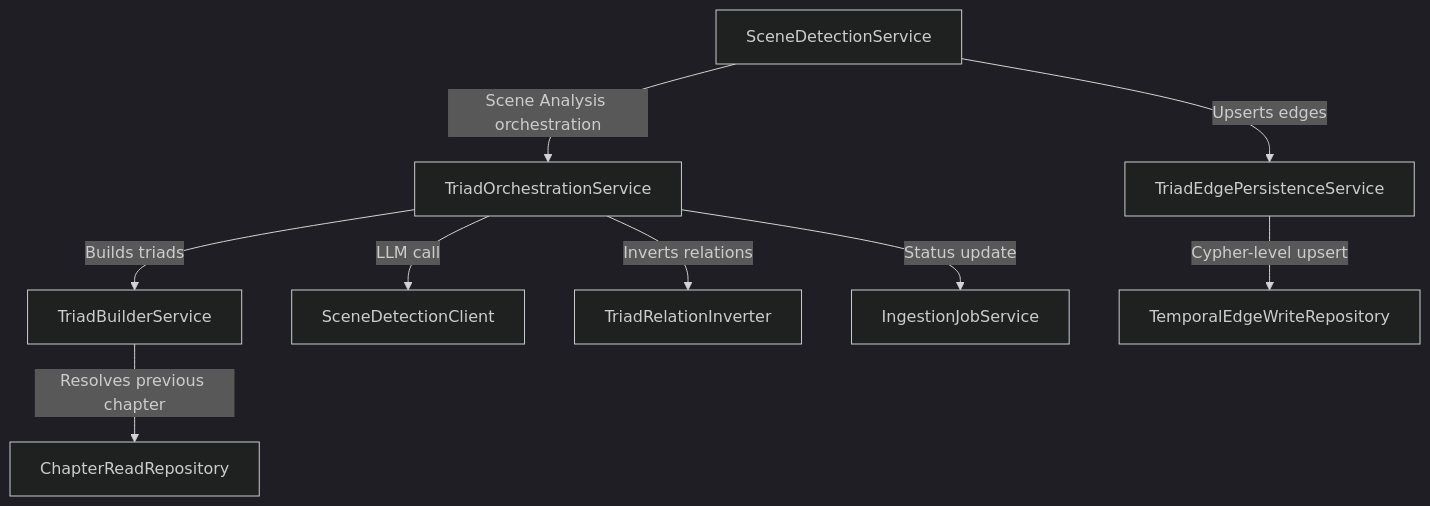
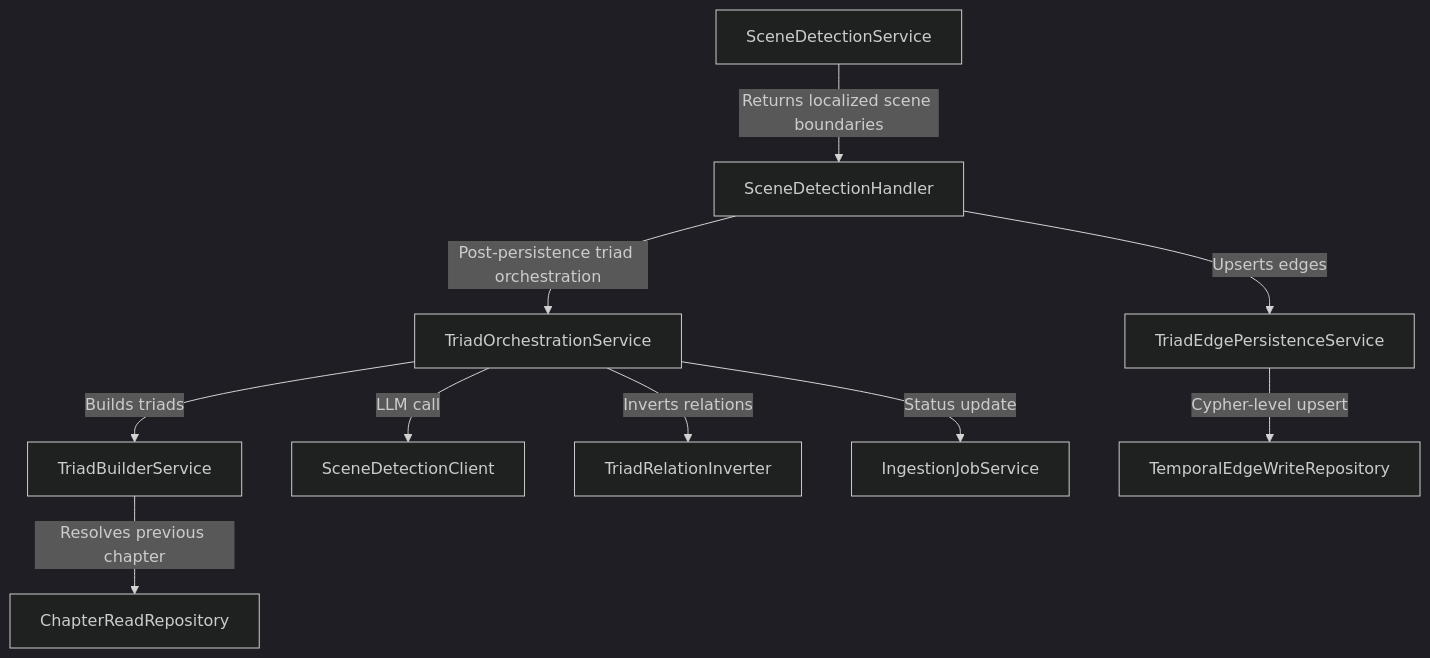
The first of 2 diagrams in docs/patterns/triad-analysis.md (chaixdev/lorevault-kb), drawn with Mermaid (dark theme) before and after one commit. The commit also changed other lines of this file and 7 other files, not shown here.

````diff
--- a/docs/patterns/triad-analysis.md
+++ b/docs/patterns/triad-analysis.md
@@ -15,11 +15,12 @@
 ```mermaid
 graph TD
-    SDService["SceneDetectionService"] -->|"Scene Analysis orchestration"| TOService["TriadOrchestrationService"]
+    SDService["SceneDetectionService"] -->|"Returns localized scene boundaries"| SDH["SceneDetectionHandler"]
+    SDH -->|"Post-persistence triad orchestration"| TOService["TriadOrchestrationService"]
     TOService -->|"Builds triads"| TBService["TriadBuilderService"]
     TBService -->|"Resolves previous chapter"| CRRepo["ChapterReadRepository"]
     TOService -->|"LLM call"| SDClient["SceneDetectionClient"]
     TOService -->|"Inverts relations"| TRInverter["TriadRelationInverter"]
     TOService -->|"Status update"| IJService["IngestionJobService"]
-    SDService -->|"Upserts edges"| TEPService["TriadEdgePersistenceService"]
+    SDH -->|"Upserts edges"| TEPService["TriadEdgePersistenceService"]
     TEPService -->|"Cypher-level upsert"| TEWRepo["TemporalEdgeWriteRepository"]
 ```
````
